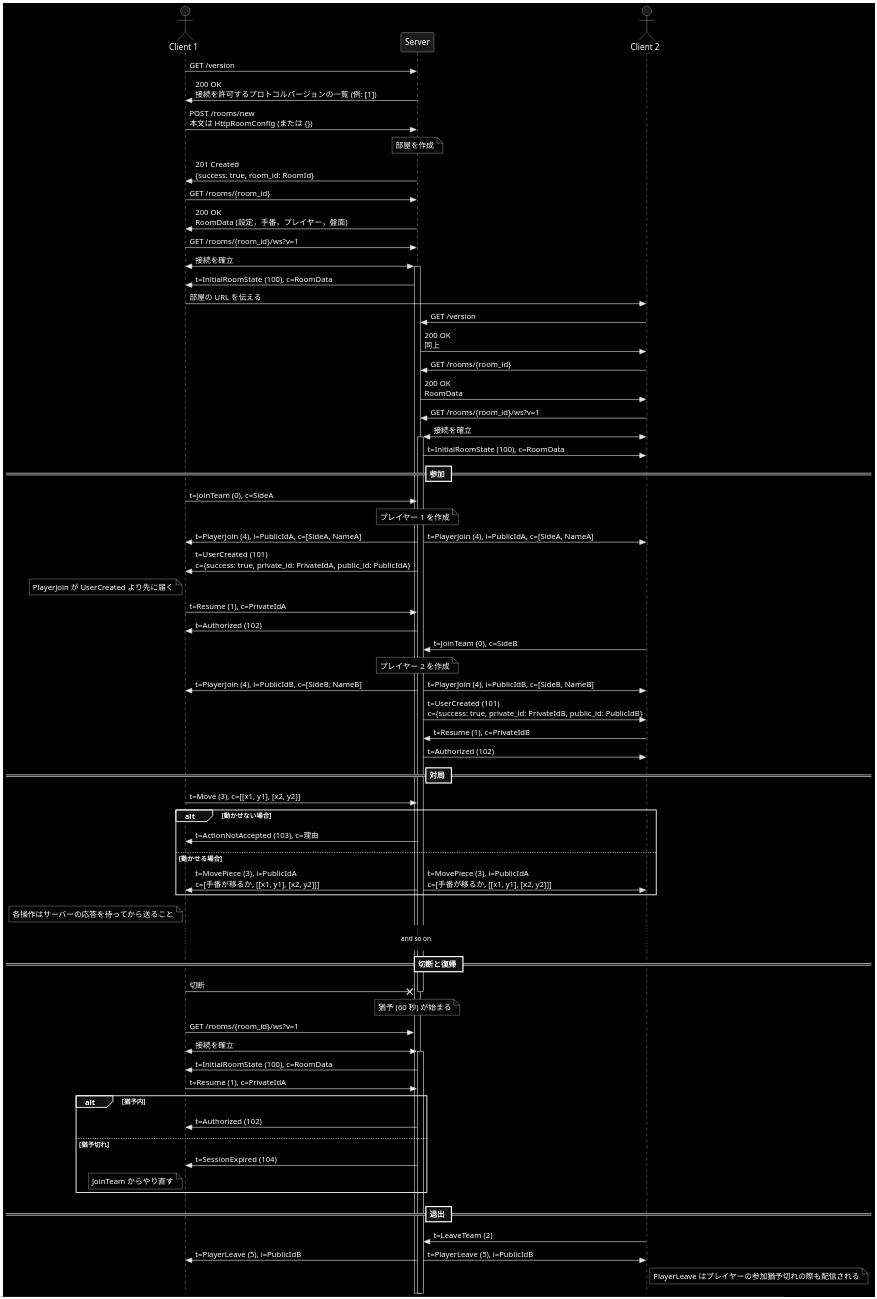
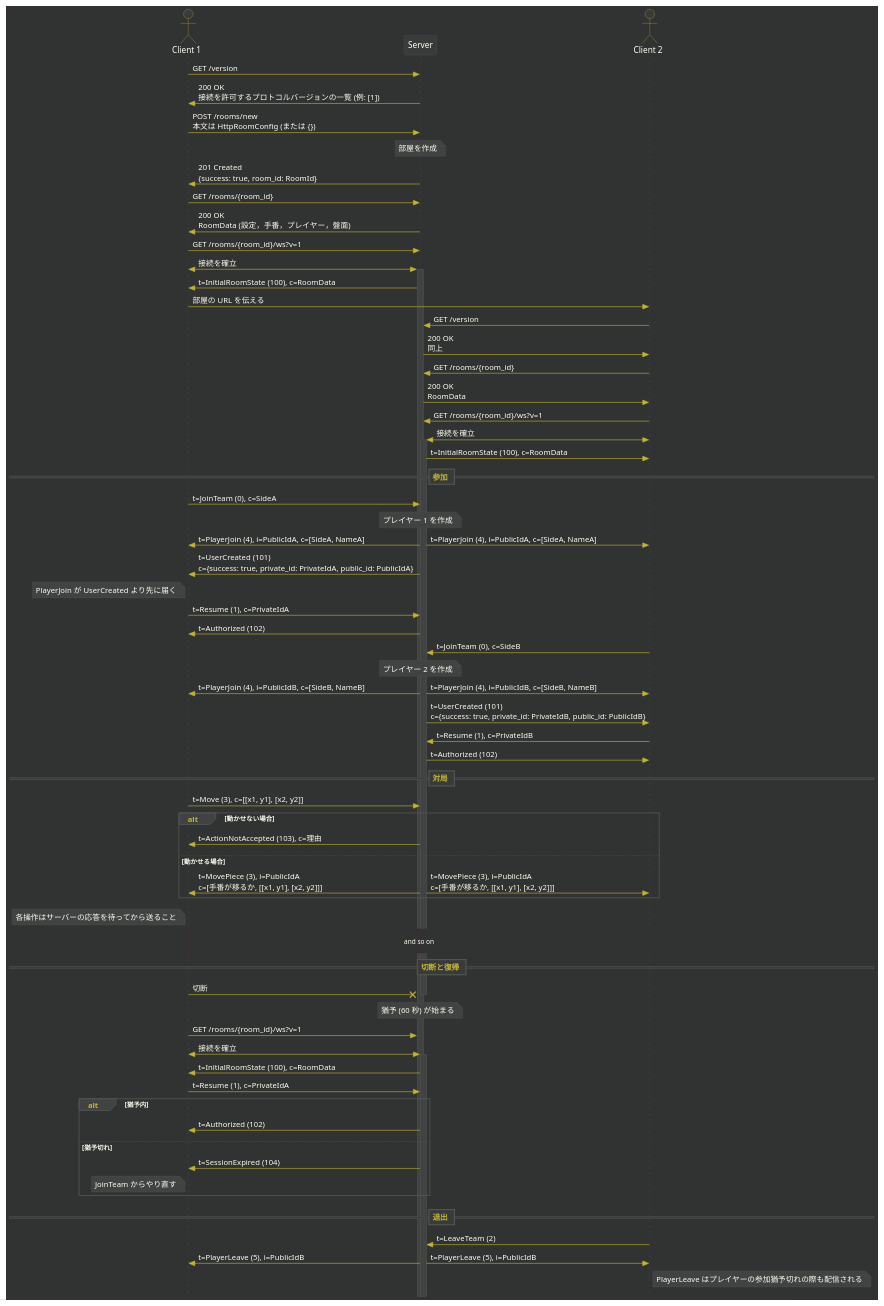
Before and after one commit to yuto0214w/numbers-server: the diagram in res/procedure.pu, drawn with PlantUML.

Commit message:
Adjust PlantUML styles

```diff
--- a/res/procedure.pu
+++ b/res/procedure.pu
@@ -1,91 +1,144 @@
 @startuml name
 
 !pragma teoz true
 
-skinparam Style strictuml
-skinparam Monochrome reverse
+skinparam style strictuml
+
+<style>
+root {
+  BackGroundColor #313332
+  FontColor #fffef3
+  FontName sans-serif
+  LineColor #505452
+  Shadowing 0
+}
+sequenceDiagram {
+  participant {
+    BackGroundColor #393b3a
+    LineColor #505452
+    FontColor #fffef3
+    RoundCorner 6
+  }
+  actor {
+    BackGroundColor #393b3a
+    LineColor #c3b531
+    FontColor #fffef3
+  }
+  lifeLine {
+    BackGroundColor #414342
+    LineColor #505452
+  }
+  arrow {
+    LineColor #c3b531
+    FontColor #fffef3
+  }
+  note {
+    BackGroundColor #414342
+    LineColor #505452
+    FontColor #fffef3
+  }
+  group {
+    LineColor #505452
+    FontColor #fffef3
+  }
+  groupHeader {
+    BackGroundColor #414342
+    LineColor #505452
+    FontColor #c3b531
+  }
+  separator {
+    BackGroundColor #393b3a
+    LineColor #505452
+    FontColor #c3b531
+  }
+  delay {
+    FontColor #fffef3
+    LineColor #505452
+  }
+}
+</style>
 
 actor "Client 1" as A
 participant Server
 actor "Client 2" as B
 
 A -> Server: GET /version
 Server -> A: 200 OK\n接続を許可するプロトコルバージョンの一覧 (例: [1])
 A -> Server: POST /rooms/new\n本文は HttpRoomConfig (または {})
 note over Server: 部屋を作成
 Server -> A: 201 Created\n{success: true, room_id: RoomId}
 A -> Server: GET /rooms/{room_id}
 Server -> A: 200 OK\nRoomData (設定，手番，プレイヤー，盤面)
 A -> Server: GET /rooms/{room_id}/ws?v=1
 A <-> Server: 接続を確立
 activate Server
 Server -> A: t=InitialRoomState (100), c=RoomData
 
 A -> B: 部屋の URL を伝える
 
 B -> Server: GET /version
 Server -> B: 200 OK\n同上
 B -> Server: GET /rooms/{room_id}
 Server -> B: 200 OK\nRoomData
 B -> Server: GET /rooms/{room_id}/ws?v=1
 B <-> Server: 接続を確立
 activate Server
 Server -> B: t=InitialRoomState (100), c=RoomData
 
 == 参加 ==
 
 A -> Server: t=JoinTeam (0), c=SideA
 note over Server: プレイヤー 1 を作成
 Server -> A: t=PlayerJoin (4), i=PublicIdA, c=[SideA, NameA]
 & Server -> B: t=PlayerJoin (4), i=PublicIdA, c=[SideA, NameA]
 Server -> A: t=UserCreated (101)\nc={success: true, private_id: PrivateIdA, public_id: PublicIdA}
 note left of A: PlayerJoin が UserCreated より先に届く
 A -> Server: t=Resume (1), c=PrivateIdA
 Server -> A: t=Authorized (102)
 
 B -> Server: t=JoinTeam (0), c=SideB
 note over Server: プレイヤー 2 を作成
 Server -> A: t=PlayerJoin (4), i=PublicIdB, c=[SideB, NameB]
 & Server -> B: t=PlayerJoin (4), i=PublicIdB, c=[SideB, NameB]
 Server -> B: t=UserCreated (101)\nc={success: true, private_id: PrivateIdB, public_id: PublicIdB}
 B -> Server: t=Resume (1), c=PrivateIdB
 Server -> B: t=Authorized (102)
 
 == 対局 ==
 
 A -> Server: t=Move (3), c=[[x1, y1], [x2, y2]]
 alt 動かせない場合
   Server -> A: t=ActionNotAccepted (103), c=理由
 else 動かせる場合
   Server -> A: t=MovePiece (3), i=PublicIdA\nc=[手番が移るか, [[x1, y1], [x2, y2]]]
   & Server -> B: t=MovePiece (3), i=PublicIdA\nc=[手番が移るか, [[x1, y1], [x2, y2]]]
 end
 note left of A: 各操作はサーバーの応答を待ってから送ること
 
 ...and so on...
 
 == 切断と復帰 ==
 
 A ->x Server: 切断
 deactivate Server
 note over Server: 猶予 (60 秒) が始まる
 A -> Server: GET /rooms/{room_id}/ws?v=1
 A <-> Server: 接続を確立
 activate Server
 Server -> A: t=InitialRoomState (100), c=RoomData
 A -> Server: t=Resume (1), c=PrivateIdA
 alt 猶予内
   Server -> A: t=Authorized (102)
 else 猶予切れ
   Server -> A: t=SessionExpired (104)
   note left of A: JoinTeam からやり直す
 end
 
 == 退出 ==
 
 B -> Server: t=LeaveTeam (2)
 Server -> A: t=PlayerLeave (5), i=PublicIdB
 & Server -> B: t=PlayerLeave (5), i=PublicIdB
 note right of B: PlayerLeave はプレイヤーの参加猶予切れの際も配信される
 
 @enduml
```
